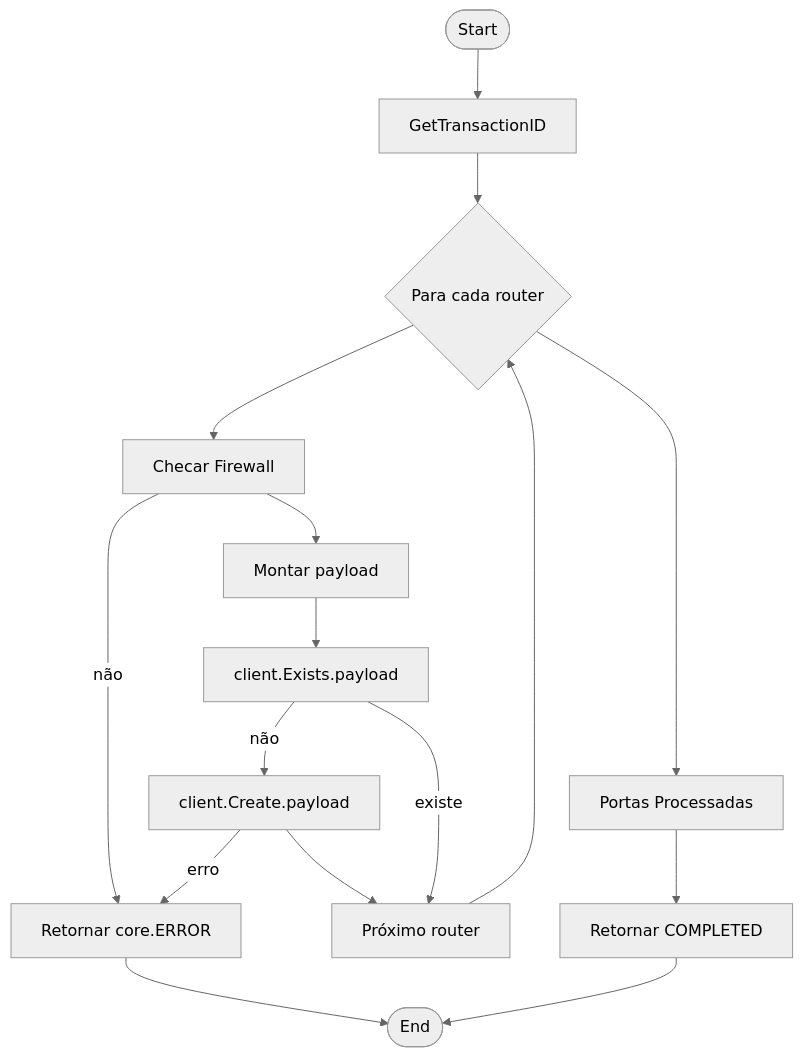
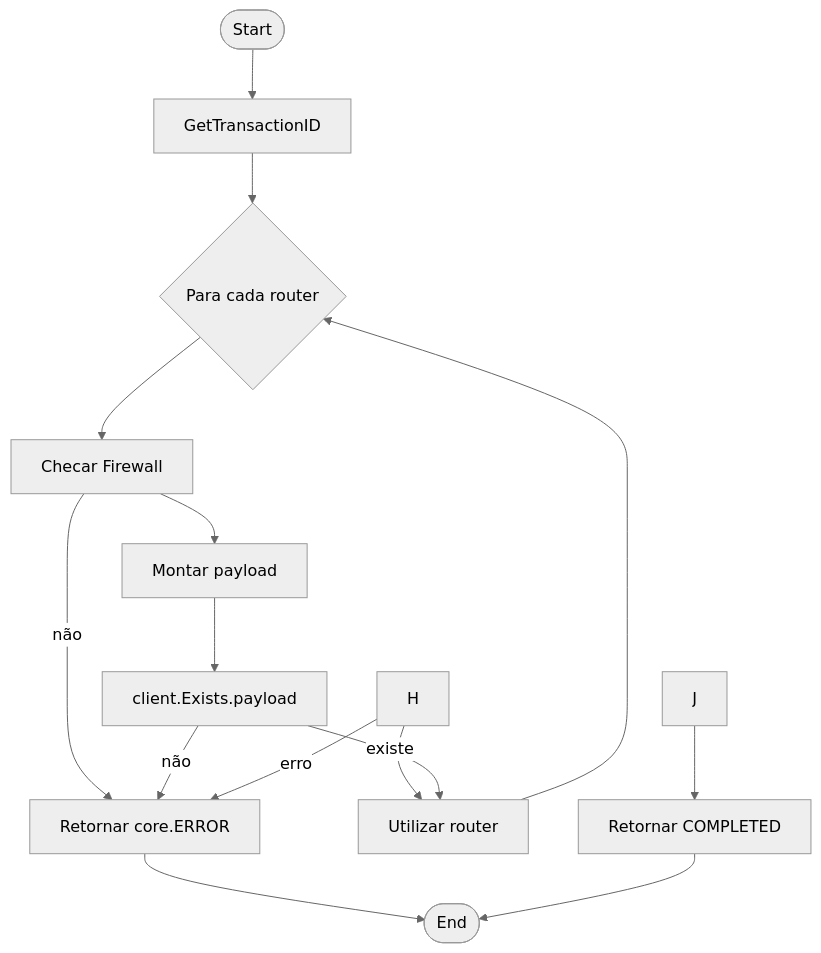
Before and after one commit to totvs-cloud/fortigate-fisico-iaas: the diagram in paloalto-router.md, drawn with Mermaid (neutral theme). The commit also changed other lines of this file and 3 other files, not shown here.

Commit message:
update PaloAlto documentation for NAT and router processes, including create and edit flows

````diff
--- a/paloalto-router.md
+++ b/paloalto-router.md
@@ -7,19 +7,18 @@
 ```mermaid
 flowchart TD
   A([Start]) --> B[GetTransactionID]
   B --> C{Para cada router}
   C --> D[Checar Firewall]
   D -- não --> E[Retornar core.ERROR]
   D --> F[Montar payload]
   F --> G[client.Exists.payload]
-  G -- não --> H[client.Create.payload]
+  G -- não --> E[Retornar core.ERROR]
   H -- erro --> E
-  H --> I[Próximo router]
+  H --> I[Utilizar router]
 
   G -- existe --> I
   I --> C
-  C --> J[Portas Processadas]
   J --> K[Retornar COMPLETED]
   E --> L([End])
   K --> L
 ```
````
